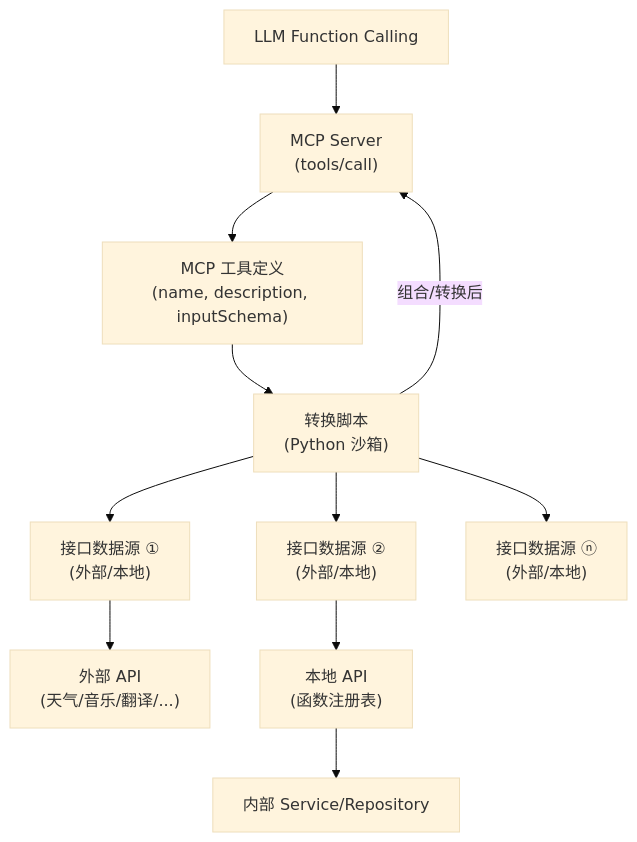
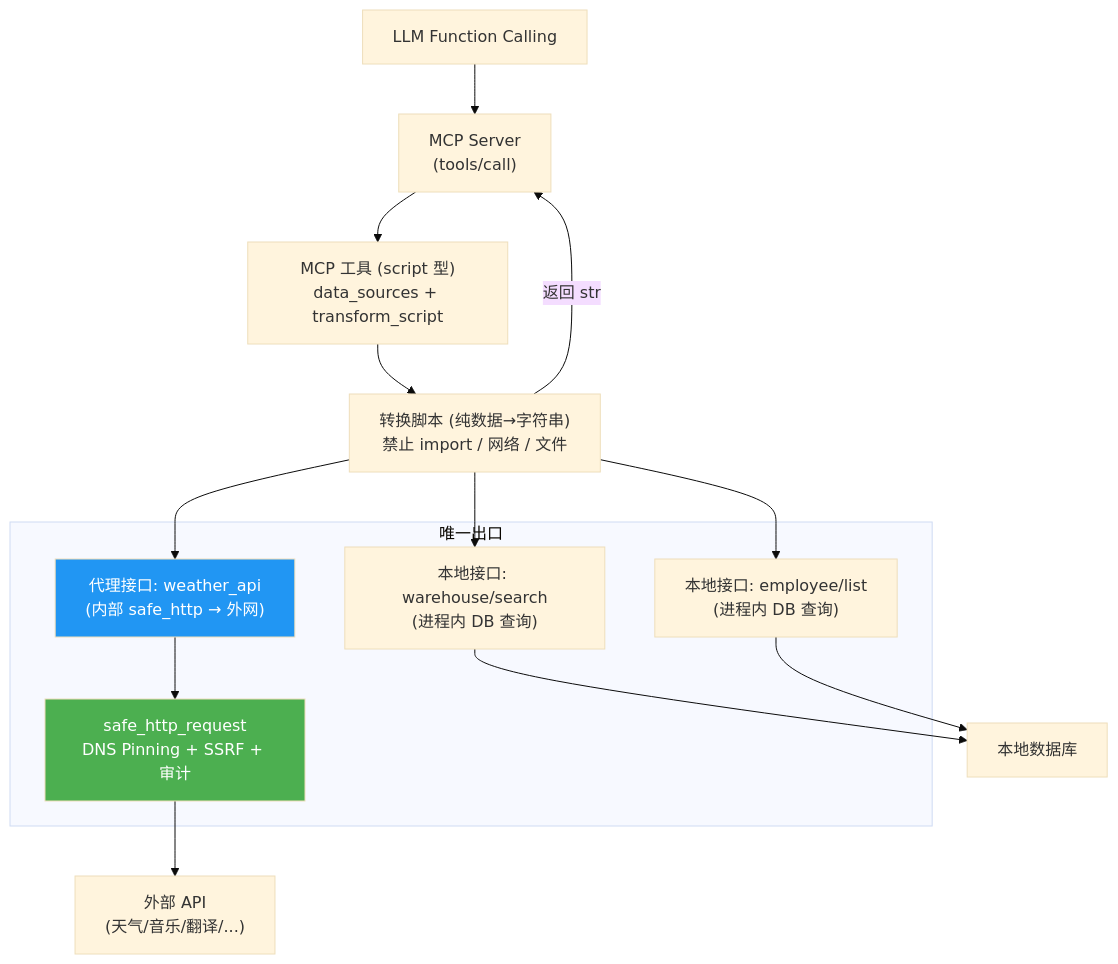
Before and after one commit to GoldenFish123321/finderos: the diagram in docs/unified_api_architecture.md, drawn with Mermaid (base theme). The commit also changed other lines of this file, not shown here.

````diff
--- a/docs/unified_api_architecture.md
+++ b/docs/unified_api_architecture.md
@@ -93,20 +107,26 @@
 ```mermaid
 flowchart TD
     LLM["LLM Function Calling"]
-    MCP["MCP Server\n(tools/call)"]
-    TOOL["MCP 工具定义\n(name, description, inputSchema)"]
-    SCRIPT["转换脚本\n(Python 沙箱)"]
-    IFACE1["接口数据源 ①\n(外部/本地)"]
-    IFACE2["接口数据源 ②\n(外部/本地)"]
-    IFACEN["接口数据源 ⓝ\n(外部/本地)"]
-    EXT["外部 API\n(天气/音乐/翻译/...)"]
-    LOCAL["本地 API\n(函数注册表)"]
-    SVC["内部 Service/Repository"]
+    MCP["MCP Server<br/>(tools/call)"]
+    TOOL["MCP 工具 (script 型)<br/>data_sources + transform_script"]
+    SCRIPT["转换脚本 (纯数据→字符串)<br/>禁止 import / 网络 / 文件"]
 
-    LLM --> MCP --> TOOL
-    TOOL --> SCRIPT
-    SCRIPT --> IFACE1 --> EXT
-    SCRIPT --> IFACE2 --> LOCAL --> SVC
-    SCRIPT --> IFACEN
-    SCRIPT -->|"组合/转换后"| MCP
+    subgraph 接口管理层 [唯一出口]
+        LOCAL1["本地接口: warehouse/search<br/>(进程内 DB 查询)"]
+        LOCAL2["本地接口: employee/list<br/>(进程内 DB 查询)"]
+        PROXY["代理接口: weather_api<br/>(内部 safe_http → 外网)"]
+        SAFE["safe_http_request<br/>DNS Pinning + SSRF + 审计"]
+    end
+
+    EXT["外部 API<br/>(天气/音乐/翻译/...)"]
+    DB["本地数据库"]
+
+    LLM --> MCP --> TOOL --> SCRIPT
+    SCRIPT --> LOCAL1 --> DB
+    SCRIPT --> LOCAL2 --> DB
+    SCRIPT --> PROXY --> SAFE --> EXT
+    SCRIPT -->|"返回 str"| MCP
+
+    style SAFE fill:#4CAF50,color:#fff
+    style PROXY fill:#2196F3,color:#fff
 ```
````
